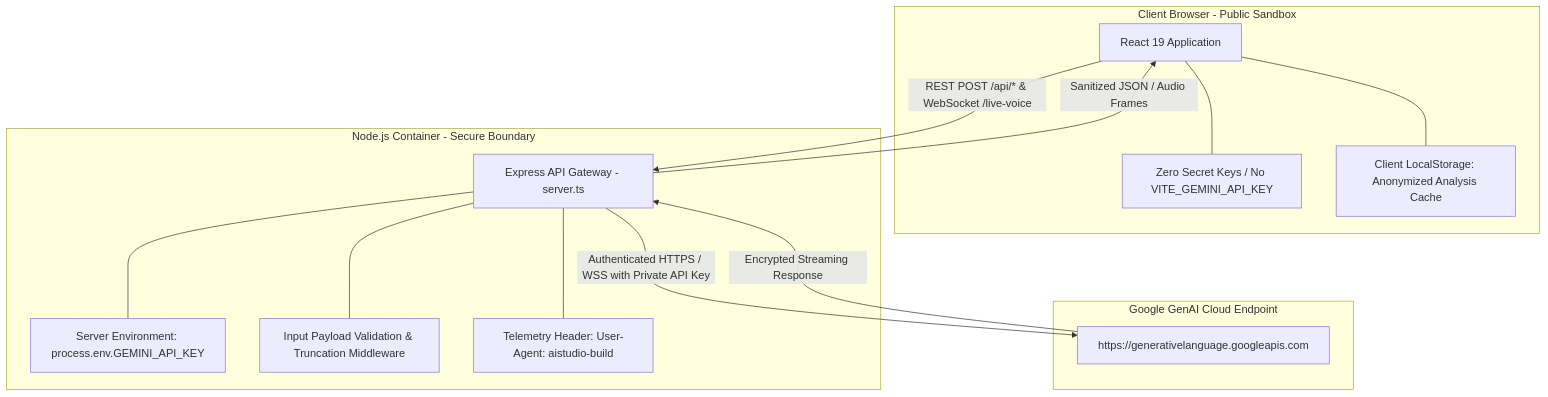
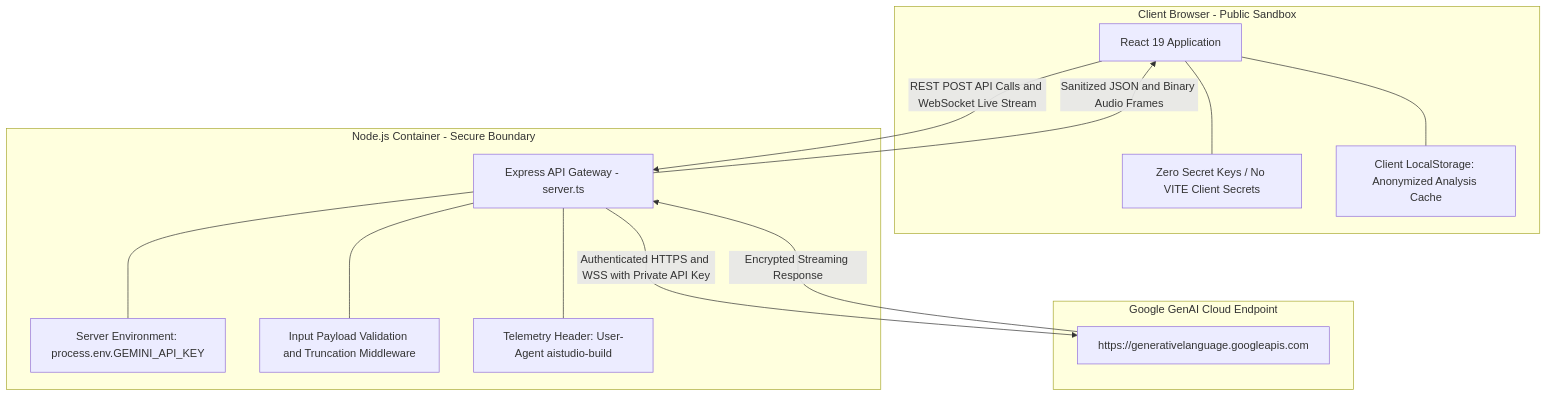
Before and after one commit to RiyanshiVerma-11/ClarifyLegal: the tenth of 10 diagrams in README.md, drawn with Mermaid. The commit also changed other lines of this file, not shown here.

First line of the commit message:
docs: update architecture diagram in README

````diff
--- a/README.md
+++ b/README.md
@@ -425,30 +424,30 @@
 ```mermaid
 graph TD
     subgraph PublicBrowser [Client Browser - Public Sandbox]
-        ReactApp[React 19 Application]
-        NoKeys[Zero Secret Keys / No VITE_GEMINI_API_KEY]
-        PublicBrowserStore[Client LocalStorage: Anonymized Analysis Cache]
+        ReactApp["React 19 Application"]
+        NoKeys["Zero Secret Keys / No VITE Client Secrets"]
+        PublicBrowserStore["Client LocalStorage: Anonymized Analysis Cache"]
         ReactApp --- NoKeys
         ReactApp --- PublicBrowserStore
     end
 
     subgraph ProtectedServer [Node.js Container - Secure Boundary]
-        APIProxy[Express API Gateway - server.ts]
-        EnvConfig[Server Environment: process.env.GEMINI_API_KEY]
-        SanitizerMiddleware[Input Payload Validation & Truncation Middleware]
-        TelemetryHeader[Telemetry Header: User-Agent: aistudio-build]
+        APIProxy["Express API Gateway - server.ts"]
+        EnvConfig["Server Environment: process.env.GEMINI_API_KEY"]
+        SanitizerMiddleware["Input Payload Validation and Truncation Middleware"]
+        TelemetryHeader["Telemetry Header: User-Agent aistudio-build"]
         
         APIProxy --- EnvConfig
         APIProxy --- SanitizerMiddleware
         APIProxy --- TelemetryHeader
     end
 
     subgraph GoogleAIEndpoint [Google GenAI Cloud Endpoint]
-        GeminiCloud[https://generativelanguage.googleapis.com]
+        GeminiCloud["https://generativelanguage.googleapis.com"]
     end
 
-    ReactApp -->|REST POST /api/* & WebSocket /live-voice| APIProxy
-    APIProxy -->|Authenticated HTTPS / WSS with Private API Key| GeminiCloud
+    ReactApp -->|REST POST API Calls and WebSocket Live Stream| APIProxy
+    APIProxy -->|Authenticated HTTPS and WSS with Private API Key| GeminiCloud
     GeminiCloud -->|Encrypted Streaming Response| APIProxy
-    APIProxy -->|Sanitized JSON / Audio Frames| ReactApp
+    APIProxy -->|Sanitized JSON and Binary Audio Frames| ReactApp
 ```
````
